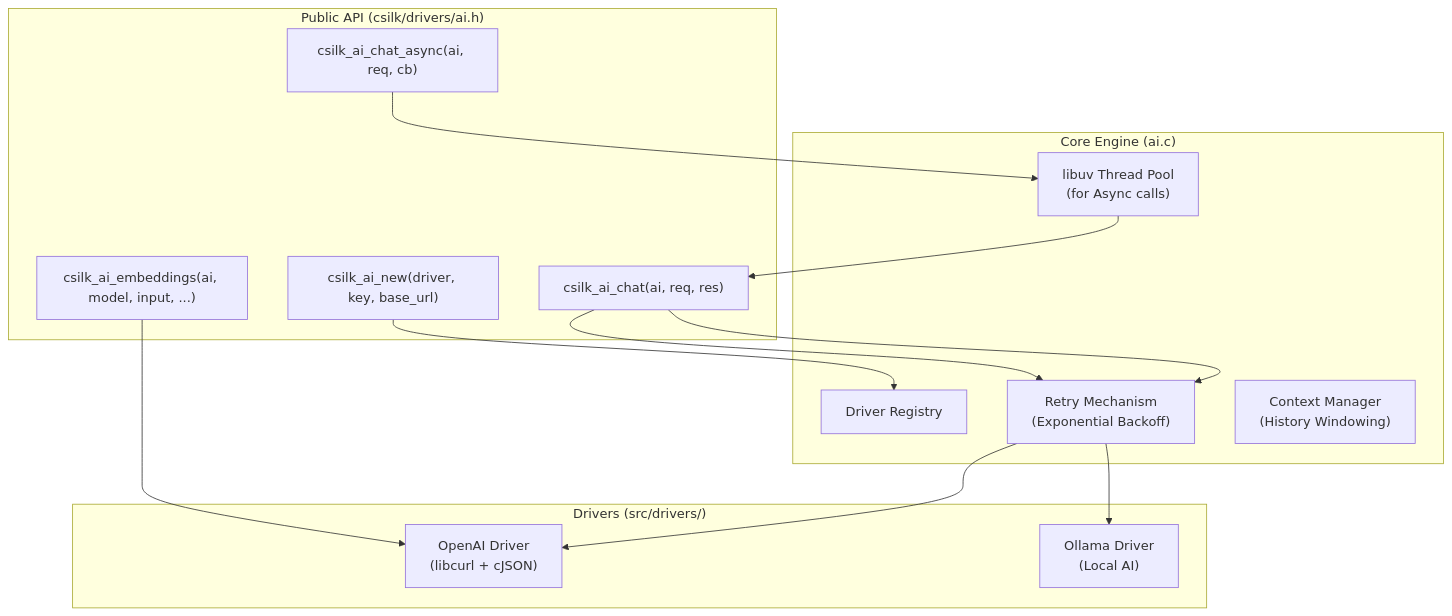
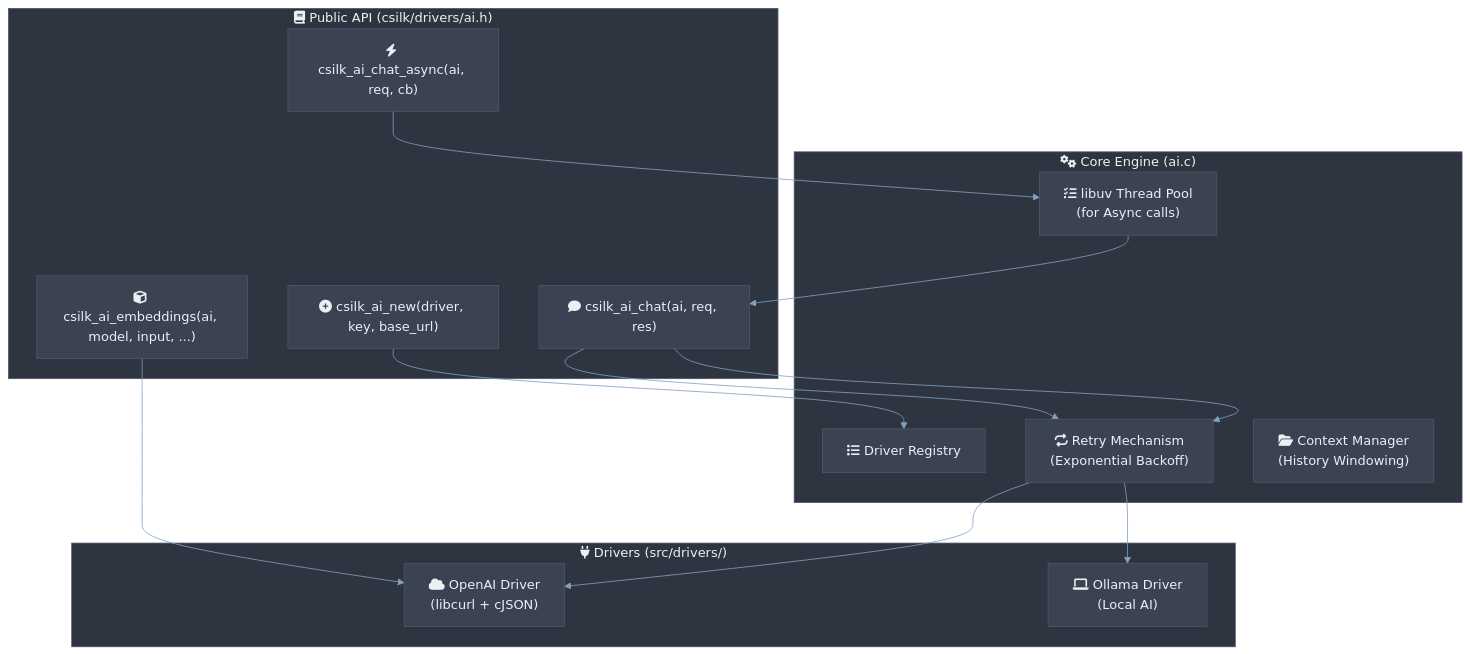
Before and after one commit to quintin-lee/csilk: the diagram in docs/module-design/ai.md, drawn with Mermaid. The commit also changed other lines of this file and 30 other files, not shown here.

Commit message:
docs(docs): 📝 apply Nord Mermaid theme, RFC 2119 keywords, and quantified metrics to all docs

````diff
--- a/docs/module-design/ai.md
+++ b/docs/module-design/ai.md
@@ -7,27 +7,28 @@
 ```mermaid
+%%{init: {'theme': 'base', 'themeVariables': {'background': '#2E3440','primaryColor':'#81A1C1','primaryBorderColor':'#4C566A','primaryTextColor':'#ECEFF4','secondaryColor':'#3B4252','secondaryBorderColor':'#434C5E','secondaryTextColor':'#D8DEE9','lineColor':'#81A1C1','textColor':'#ECEFF4','mainBkg':'#3B4252','nodeBorder':'#4C566A','clusterBkg':'#2E3440','clusterBorder':'#4C566A','titleColor':'#ECEFF4','edgeLabelBackground':'#3B4252','nodeTextColor':'#ECEFF4'}, 'flowchart': {'htmlLabels': true, 'curve': 'basis'}}}%%
 flowchart TB
-    subgraph "Public API (csilk/drivers/ai.h)"
-        NEW["csilk_ai_new(driver, key, base_url)"]
-        CHAT["csilk_ai_chat(ai, req, res)"]
-        ASYNC["csilk_ai_chat_async(ai, req, cb)"]
-        EMB["csilk_ai_embeddings(ai, model, input, ...)"]
+    subgraph api["fa:fa-book Public API (csilk/drivers/ai.h)"]
+        NEW["fa:fa-plus-circle csilk_ai_new(driver, key, base_url)"]
+        CHAT["fa:fa-comment csilk_ai_chat(ai, req, res)"]
+        ASYNC["fa:fa-bolt csilk_ai_chat_async(ai, req, cb)"]
+        EMB["fa:fa-cube csilk_ai_embeddings(ai, model, input, ...)"]
     end
 
-    subgraph "Core Engine (ai.c)"
-        REG["Driver Registry"]
-        POOL["libuv Thread Pool\n(for Async calls)"]
-        RETRY["Retry Mechanism\n(Exponential Backoff)"]
-        CTX["Context Manager\n(History Windowing)"]
+    subgraph engine["fa:fa-cogs Core Engine (ai.c)"]
+        REG["fa:fa-list Driver Registry"]
+        POOL["fa:fa-tasks libuv Thread Pool<br/>(for Async calls)"]
+        RETRY["fa:fa-repeat Retry Mechanism<br/>(Exponential Backoff)"]
+        CTX["fa:fa-folder-open Context Manager<br/>(History Windowing)"]
     end
 
-    subgraph "Drivers (src/drivers/)"
-        D1["OpenAI Driver\n(libcurl + cJSON)"]
-        D2["Ollama Driver\n(Local AI)"]
+    subgraph drivers["fa:fa-plug Drivers (src/drivers/)"]
+        D1["fa:fa-cloud OpenAI Driver<br/>(libcurl + cJSON)"]
+        D2["fa:fa-laptop Ollama Driver<br/>(Local AI)"]
     end
 
     NEW --> REG
     CHAT --> RETRY --> D1
     CHAT --> RETRY --> D2
     ASYNC --> POOL --> CHAT
     EMB --> D1
 ```
````
